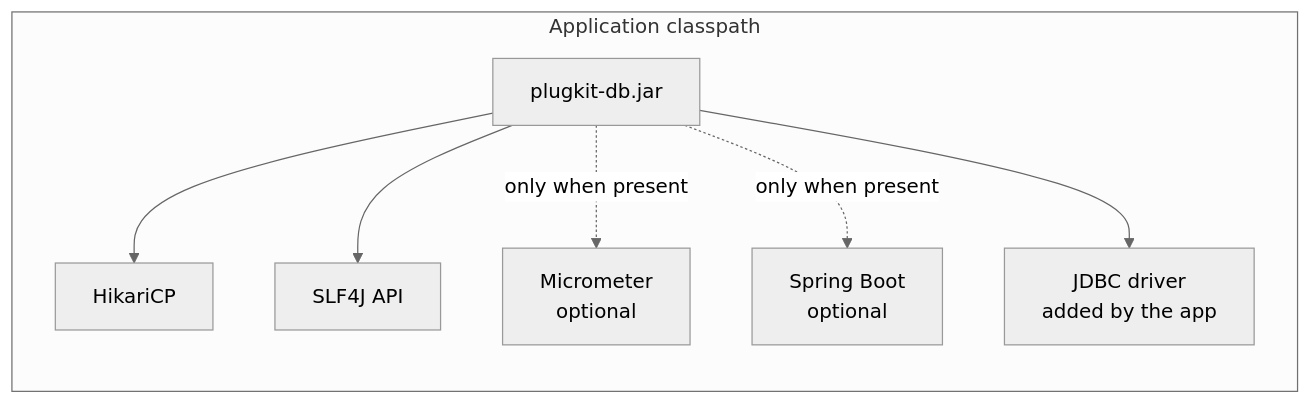
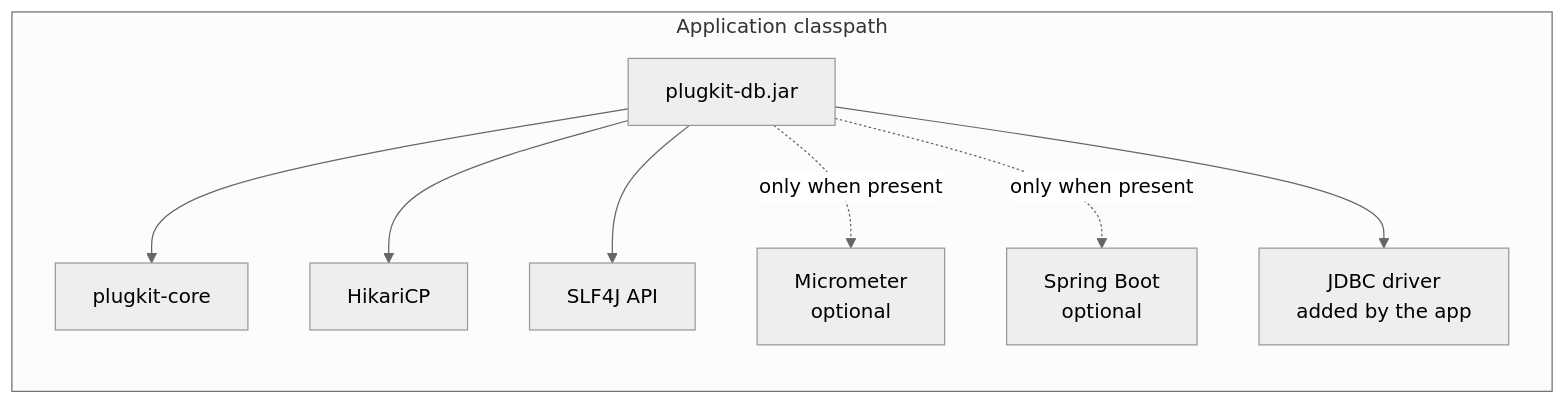
Before and after one commit to varnit-ta/plugkit-util: the first of 5 diagrams in plugkit-db/docs/adr/0001-architecture-and-structure.md, drawn with Mermaid (neutral theme). The commit also changed other lines of this file and 76 other files, not shown here.

First line of the commit message:
refactor: extract plugkit-core and tidy naming and structure

````diff
--- a/plugkit-db/docs/adr/0001-architecture-and-structure.md
+++ b/plugkit-db/docs/adr/0001-architecture-and-structure.md
@@ -113,16 +115,18 @@
 ```mermaid
 flowchart LR
     subgraph app[Application classpath]
         PDB[plugkit-db.jar]
         DRV[JDBC driver<br/>added by the app]
+        CORE[plugkit-core]
         HK[HikariCP]
         SLF[SLF4J API]
         MM[Micrometer<br/>optional]
         SB[Spring Boot<br/>optional]
     end
+    PDB --> CORE
     PDB --> HK
     PDB --> SLF
     PDB -. only when present .-> MM
     PDB -. only when present .-> SB
     PDB --> DRV
 ```
````
